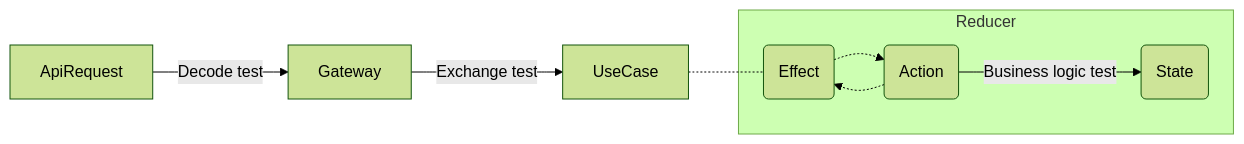
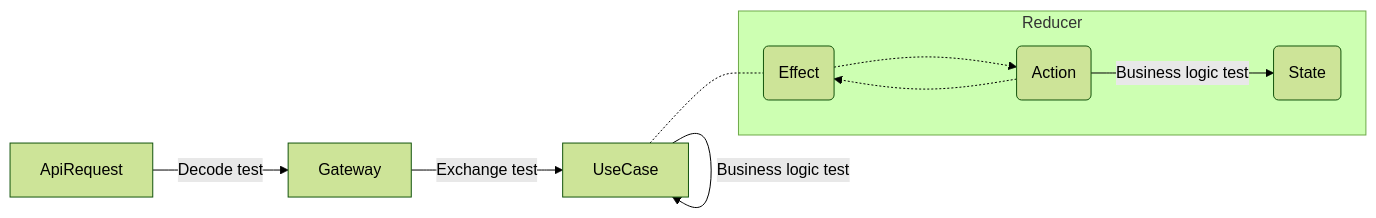
One commit to AkkeyLab/c-search-tca changed the second of 2 diagrams in README.md. Above: the diagram before and after it, drawn with Mermaid (forest theme).

Commit message:
:recycle: Update readme file

````diff
--- a/README.md
+++ b/README.md
@@ -35,11 +35,12 @@
 ```mermaid
 flowchart LR
   ApiRequest--Decode test-->Gateway
   Gateway --Exchange test--> UseCase
+  UseCase --Business logic test--> UseCase
   UseCase-.-Effect(Effect)
   subgraph Reducer
     Action(Action)--Business logic test-->State(State)
     Action-.->Effect
   end
   Effect-.->Action
 ```
````
